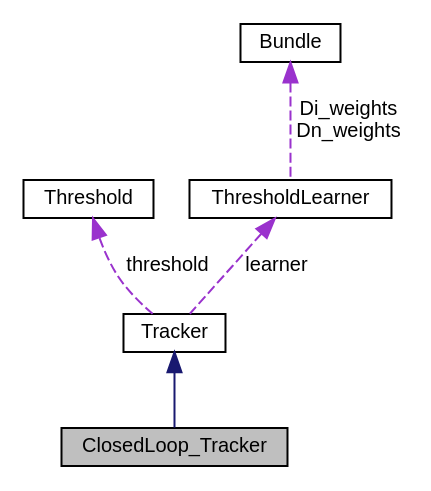
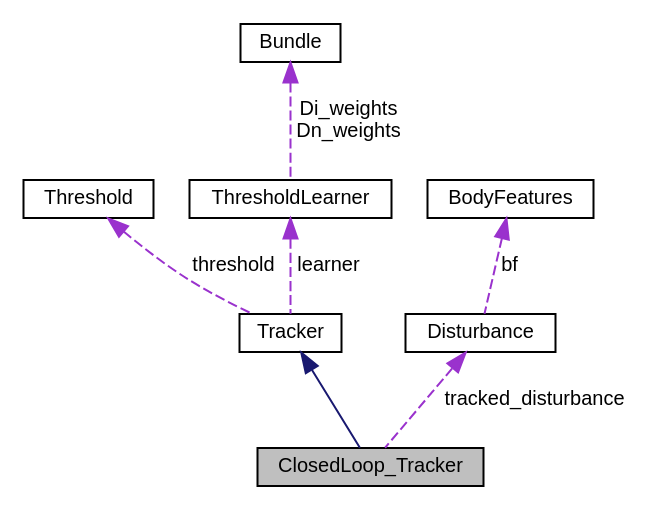
Before and after one commit to YangZhang-001/bratmobile: the diagram in classClosedLoop__Tracker__coll__graph.dot, drawn with Graphviz. The commit also changed 156 other files, not shown here.

```diff
--- a/classClosedLoop__Tracker__coll__graph.dot
+++ b/classClosedLoop__Tracker__coll__graph.dot
@@ -1,15 +1,19 @@
 digraph "ClosedLoop_Tracker"
 {
  // LATEX_PDF_SIZE
   edge [fontname="Helvetica",fontsize="10",labelfontname="Helvetica",labelfontsize="10"];
   node [fontname="Helvetica",fontsize="10",shape=record];
   Node1 [label="ClosedLoop_Tracker",height=0.2,width=0.4,color="black", fillcolor="grey75", style="filled", fontcolor="black",tooltip="Tracks task execution by observing changes in tracked disturbance."];
   Node2 -> Node1 [dir="back",color="midnightblue",fontsize="10",style="solid",fontname="Helvetica"];
   Node2 [label="Tracker",height=0.2,width=0.4,color="black", fillcolor="white", style="filled",URL="$classTracker.html",tooltip="Tracking interface: Bridge between the real world and the simulation. Is used for tracking execution ..."];
   Node3 -> Node2 [dir="back",color="darkorchid3",fontsize="10",style="dashed",label=" threshold" ,fontname="Helvetica"];
   Node3 [label="Threshold",height=0.2,width=0.4,color="black", fillcolor="white", style="filled",URL="$classThreshold.html",tooltip=" "];
   Node4 -> Node2 [dir="back",color="darkorchid3",fontsize="10",style="dashed",label=" learner" ,fontname="Helvetica"];
   Node4 [label="ThresholdLearner",height=0.2,width=0.4,color="black", fillcolor="white", style="filled",URL="$classThresholdLearner.html",tooltip=" "];
   Node5 -> Node4 [dir="back",color="darkorchid3",fontsize="10",style="dashed",label=" Di_weights\nDn_weights" ,fontname="Helvetica"];
   Node5 [label="Bundle",height=0.2,width=0.4,color="black", fillcolor="white", style="filled",URL="$classBundle.html",tooltip=" "];
+  Node6 -> Node1 [dir="back",color="darkorchid3",fontsize="10",style="dashed",label=" tracked_disturbance" ,fontname="Helvetica"];
+  Node6 [label="Disturbance",height=0.2,width=0.4,color="black", fillcolor="white", style="filled",URL="$structDisturbance.html",tooltip=" "];
+  Node7 -> Node6 [dir="back",color="darkorchid3",fontsize="10",style="dashed",label=" bf" ,fontname="Helvetica"];
+  Node7 [label="BodyFeatures",height=0.2,width=0.4,color="black", fillcolor="white", style="filled",URL="$classBodyFeatures.html",tooltip=" "];
 }
```
